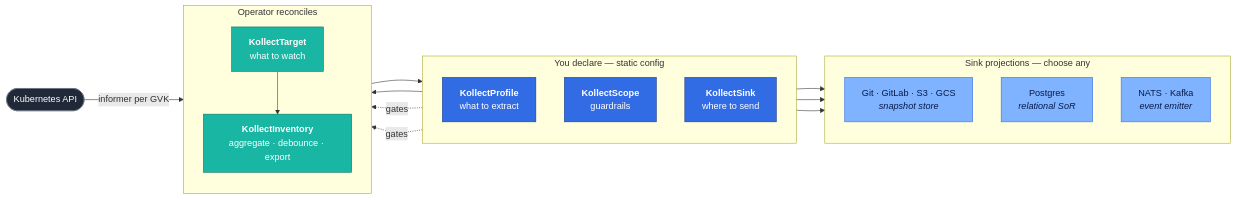
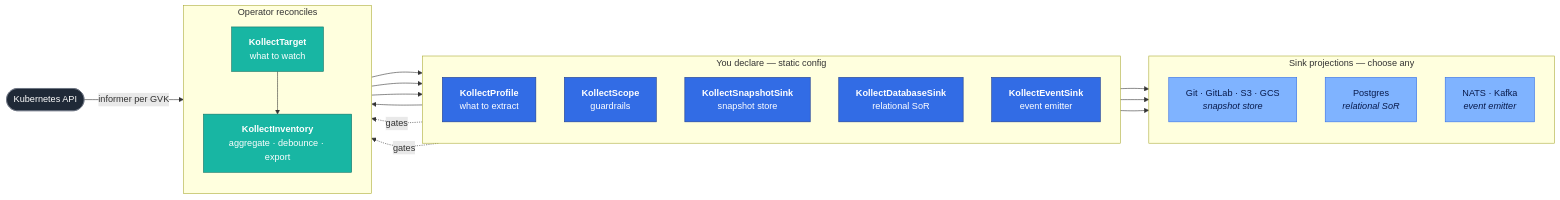
The diagram in docs/index.md (PlatformRelay/Kollect), drawn with Mermaid before and after one commit. The commit also changed other lines of this file and 8 other files, not shown here.

````diff
--- a/docs/index.md
+++ b/docs/index.md
@@ -76,43 +77,47 @@
 ```mermaid
 flowchart LR
   K8s(["Kubernetes API"]):::api
 
   subgraph declare["You declare — static config"]
     direction TB
     Profile["<b>KollectProfile</b><br/>what to extract"]
     Scope["<b>KollectScope</b><br/>guardrails"]
-    Sink["<b>KollectSink</b><br/>where to send"]
+    Snap["<b>KollectSnapshotSink</b><br/>snapshot store"]
+    Db["<b>KollectDatabaseSink</b><br/>relational SoR"]
+    Ev["<b>KollectEventSink</b><br/>event emitter"]
   end
 
   subgraph run["Operator reconciles"]
     direction TB
     Target["<b>KollectTarget</b><br/>what to watch"]
     Inv["<b>KollectInventory</b><br/>aggregate · debounce · export"]
   end
 
   subgraph out["Sink projections — choose any"]
     direction TB
-    Snap["Git · GitLab · S3 · GCS<br/><i>snapshot store</i>"]
+    SnapOut["Git · GitLab · S3 · GCS<br/><i>snapshot store</i>"]
     Rel["Postgres<br/><i>relational SoR</i>"]
-    Evt["NATS · Kafka<br/><i>event emitter</i>"]
+    EvtOut["NATS · Kafka<br/><i>event emitter</i>"]
   end
 
   K8s -- "informer per GVK" --> Target
   Profile --> Target
   Target --> Inv
   Scope -. gates .-> Target
   Scope -. gates .-> Inv
-  Inv --> Sink
-  Sink --> Snap
-  Sink --> Rel
-  Sink --> Evt
+  Inv --> Snap
+  Inv --> Db
+  Inv --> Ev
+  Snap --> SnapOut
+  Db --> Rel
+  Ev --> EvtOut
 
   classDef api fill:#1F2937,stroke:#6B7280,color:#fff;
   classDef config fill:#326CE5,stroke:#1b3a8c,color:#fff;
   classDef work fill:#18B6A3,stroke:#0e6f63,color:#fff;
   classDef proj fill:#7FB3FF,stroke:#326CE5,color:#081A4B;
 
-  class Profile,Scope,Sink config;
+  class Profile,Scope,Snap,Db,Ev config;
   class Target,Inv work;
-  class Snap,Rel,Evt proj;
+  class SnapOut,Rel,EvtOut proj;
 ```
````
